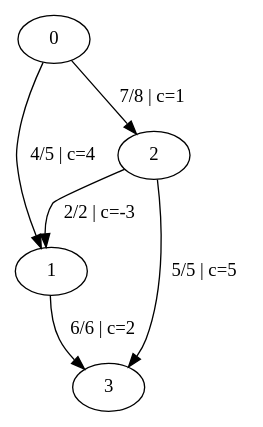
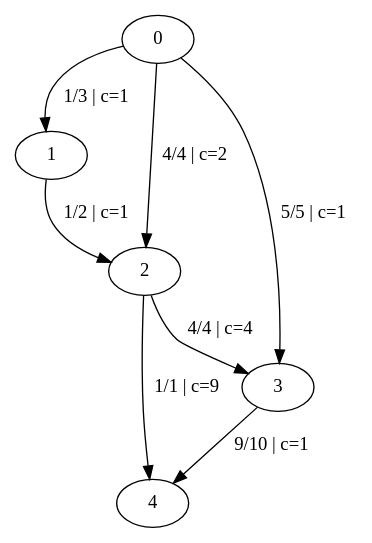
The diagram in graphes/graph_flow_cost.gv (fionavatar/Op_Research_Projet_CUVILLIEZ_Fiona), drawn with Graphviz before and after one commit. The commit also changed 23 other files, not shown here.

```diff
--- a/graphes/graph_flow_cost.gv
+++ b/graphes/graph_flow_cost.gv
@@ -1,7 +1,9 @@
 digraph graph_flow_cost {
-	0 -> 1 [label="4/5 | c=4"]
-	0 -> 2 [label="7/8 | c=1"]
-	1 -> 3 [label="6/6 | c=2"]
-	2 -> 1 [label="2/2 | c=-3"]
-	2 -> 3 [label="5/5 | c=5"]
+	0 -> 1 [label="1/3 | c=1"]
+	0 -> 2 [label="4/4 | c=2"]
+	0 -> 3 [label="5/5 | c=1"]
+	1 -> 2 [label="1/2 | c=1"]
+	2 -> 3 [label="4/4 | c=4"]
+	2 -> 4 [label="1/1 | c=9"]
+	3 -> 4 [label="9/10 | c=1"]
 }
```
